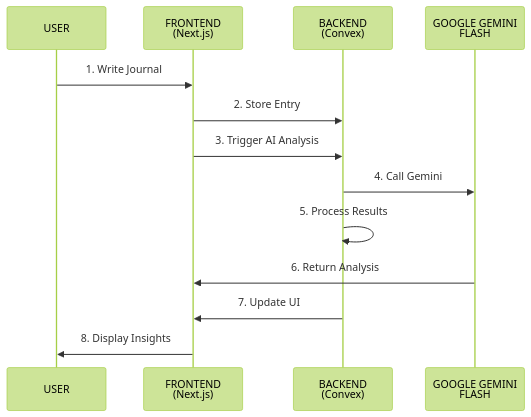
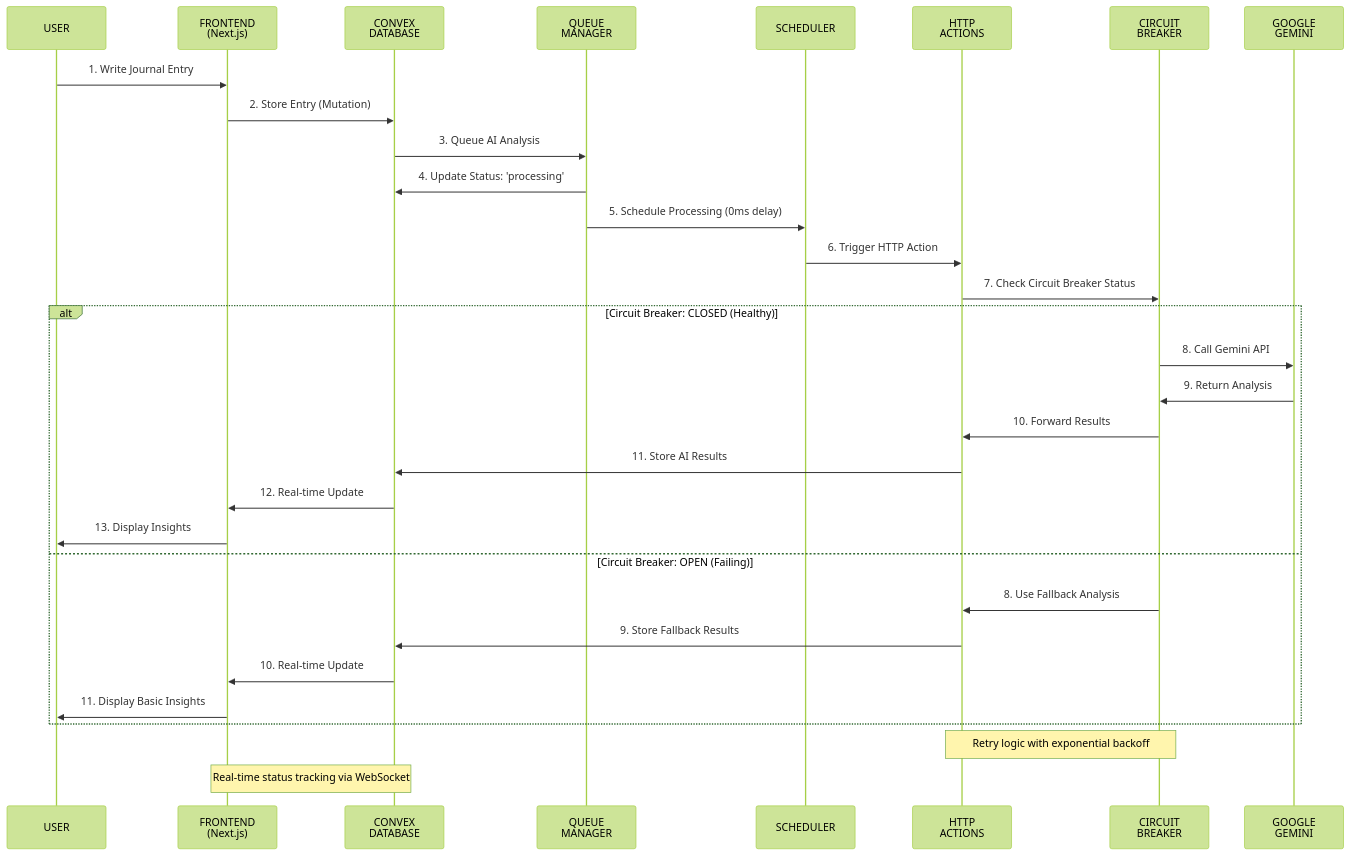
One commit to tcynic/resonant changed the second of 10 diagrams in docs/architecture/system-architecture.md. Above: the diagram before and after it, drawn with Mermaid (forest theme). The commit also changed other lines of this file and 12 other files, not shown here.

First line of the commit message:
docs: Complete HTTP Actions architecture migration documentation

````diff
--- a/docs/architecture/system-architecture.md
+++ b/docs/architecture/system-architecture.md
@@ -55,16 +69,37 @@
 ```mermaid
 sequenceDiagram
     participant U as USER
     participant F as FRONTEND<br/>(Next.js)
-    participant B as BACKEND<br/>(Convex)
-    participant G as GOOGLE GEMINI<br/>FLASH
+    participant C as CONVEX<br/>DATABASE
+    participant Q as QUEUE<br/>MANAGER
+    participant S as SCHEDULER
+    participant H as HTTP<br/>ACTIONS
+    participant CB as CIRCUIT<br/>BREAKER
+    participant G as GOOGLE<br/>GEMINI
 
-    U->>F: 1. Write Journal
-    F->>B: 2. Store Entry
-    F->>B: 3. Trigger AI Analysis
-    B->>G: 4. Call Gemini
-    B->>B: 5. Process Results
-    G->>F: 6. Return Analysis
-    B->>F: 7. Update UI
-    F->>U: 8. Display Insights
+    U->>F: 1. Write Journal Entry
+    F->>C: 2. Store Entry (Mutation)
+    C->>Q: 3. Queue AI Analysis
+    Q->>C: 4. Update Status: 'processing'
+    Q->>S: 5. Schedule Processing (0ms delay)
+    
+    S->>H: 6. Trigger HTTP Action
+    H->>CB: 7. Check Circuit Breaker Status
+    
+    alt Circuit Breaker: CLOSED (Healthy)
+        CB->>G: 8. Call Gemini API
+        G->>CB: 9. Return Analysis
+        CB->>H: 10. Forward Results
+        H->>C: 11. Store AI Results
+        C->>F: 12. Real-time Update
+        F->>U: 13. Display Insights
+    else Circuit Breaker: OPEN (Failing)
+        CB->>H: 8. Use Fallback Analysis
+        H->>C: 9. Store Fallback Results
+        C->>F: 10. Real-time Update
+        F->>U: 11. Display Basic Insights
+    end
+    
+    Note over H,CB: Retry logic with exponential backoff
+    Note over C,F: Real-time status tracking via WebSocket
 ```
````
